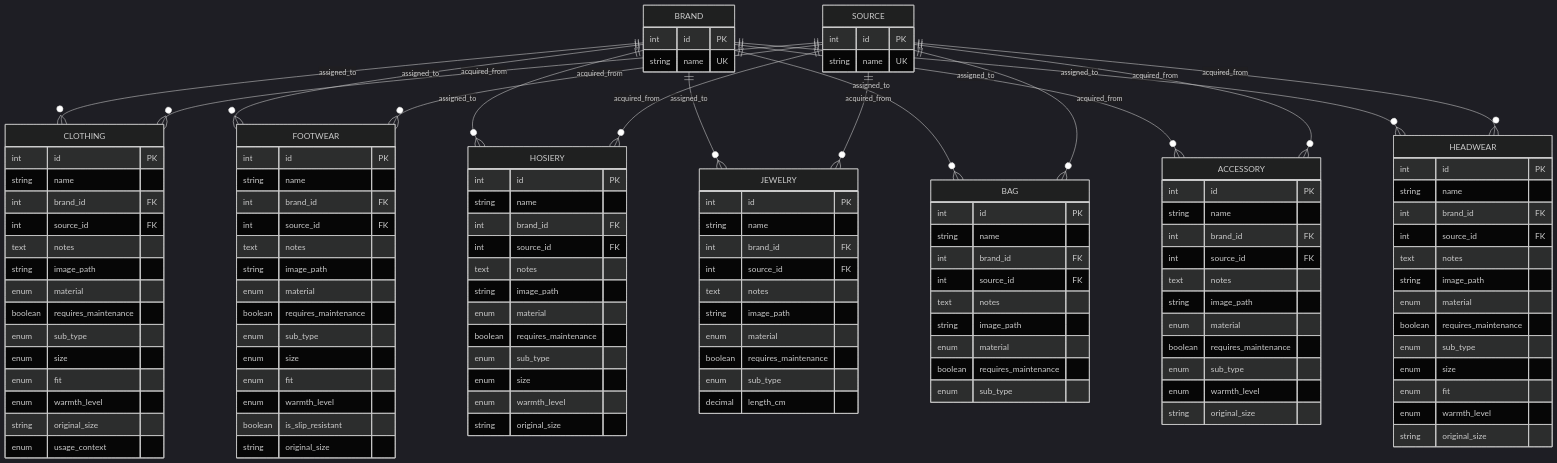
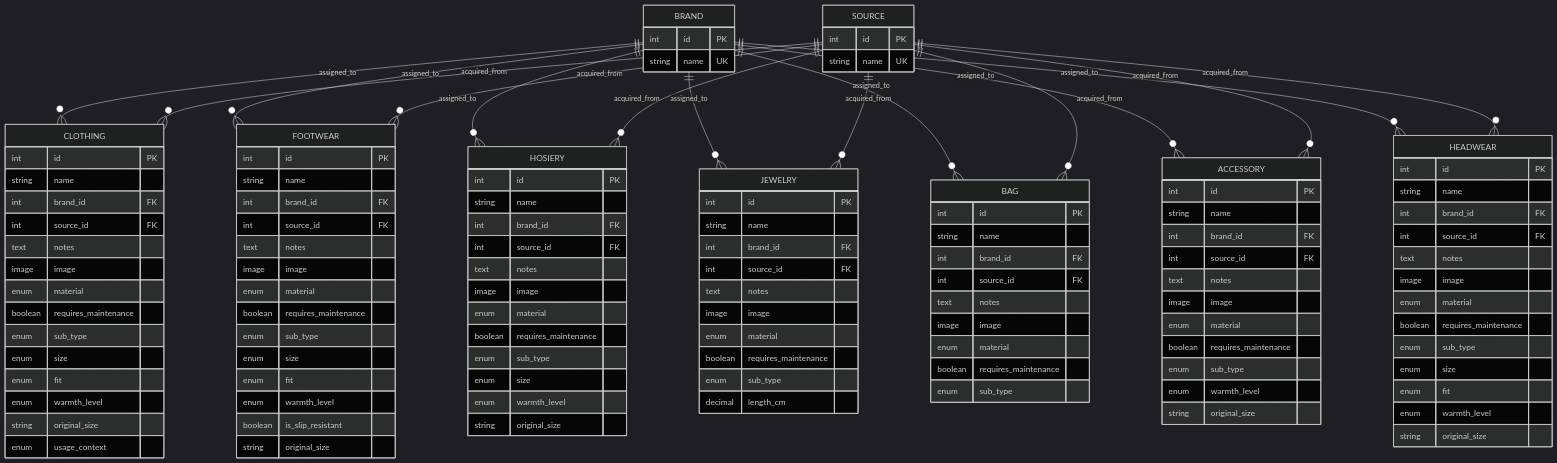
Before and after one commit to fneidel/cupboard: the diagram in docs/v1-wardrobe-system-spec.md, drawn with Mermaid (dark theme). The commit also changed other lines of this file and 15 other files, not shown here.

Commit message:
fix(images): image upload option instead of string field path and visibility in list view

```diff
--- a/docs/v1-wardrobe-system-spec.md
+++ b/docs/v1-wardrobe-system-spec.md
@@ -146,7 +146,7 @@
         int brand_id FK
         int source_id FK
         text notes
-        string image_path
+        image image
         enum material
         boolean requires_maintenance
         enum sub_type
@@ -163,7 +163,7 @@
         int brand_id FK
         int source_id FK
         text notes
-        string image_path
+        image image
         enum material
         boolean requires_maintenance
         enum sub_type
@@ -180,7 +180,7 @@
         int brand_id FK
         int source_id FK
         text notes
-        string image_path
+        image image
         enum material
         boolean requires_maintenance
         enum sub_type
@@ -195,7 +195,7 @@
         int brand_id FK
         int source_id FK
         text notes
-        string image_path
+        image image
         enum material
         boolean requires_maintenance
         enum sub_type
@@ -208,7 +208,7 @@
         int brand_id FK
         int source_id FK
         text notes
-        string image_path
+        image image
         enum material
         boolean requires_maintenance
         enum sub_type
@@ -220,7 +220,7 @@
         int brand_id FK
         int source_id FK
         text notes
-        string image_path
+        image image
         enum material
         boolean requires_maintenance
         enum sub_type
@@ -234,7 +234,7 @@
         int brand_id FK
         int source_id FK
         text notes
-        string image_path
+        image image
         enum material
         boolean requires_maintenance
         enum sub_type
```
